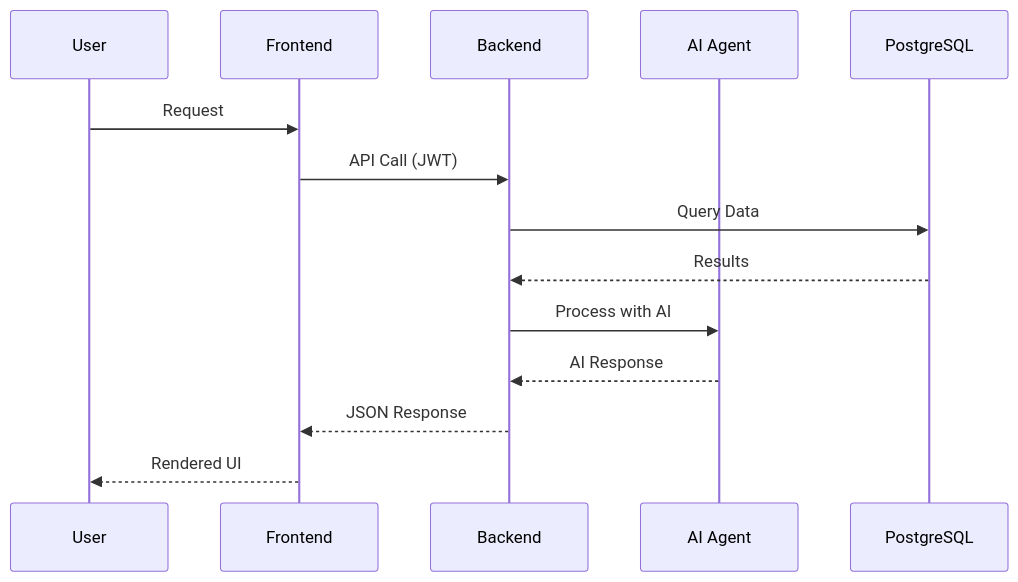
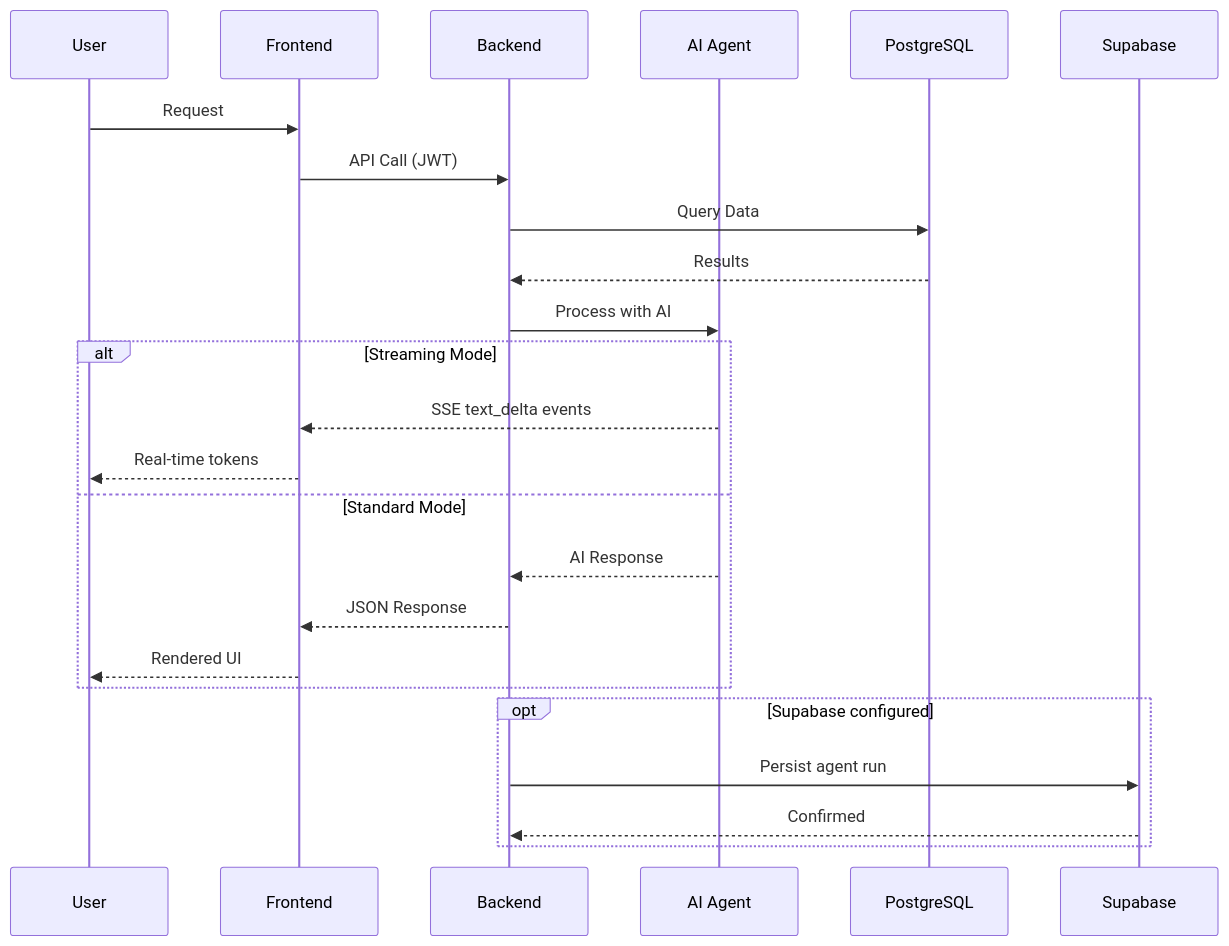
One commit to CleanExpo/NodeJS-Starter-V1 changed the second of 2 diagrams in README.md. Above: the diagram before and after it, drawn with Mermaid. The commit also changed other lines of this file, not shown here.

First line of the commit message:
docs(readme): update to reflect Anthropic integrations and Supabase backend

````diff
--- a/README.md
+++ b/README.md
@@ -111,17 +122,29 @@
 ```mermaid
 sequenceDiagram
     participant U as User
     participant F as Frontend
     participant B as Backend
     participant A as AI Agent
     participant DB as PostgreSQL
+    participant SB as Supabase
 
     U->>F: Request
     F->>B: API Call (JWT)
     B->>DB: Query Data
     DB-->>B: Results
     B->>A: Process with AI
-    A-->>B: AI Response
-    B-->>F: JSON Response
-    F-->>U: Rendered UI
+
+    alt Streaming Mode
+        A-->>F: SSE text_delta events
+        F-->>U: Real-time tokens
+    else Standard Mode
+        A-->>B: AI Response
+        B-->>F: JSON Response
+        F-->>U: Rendered UI
+    end
+
+    opt Supabase configured
+        B->>SB: Persist agent run
+        SB-->>B: Confirmed
+    end
 ```
````
